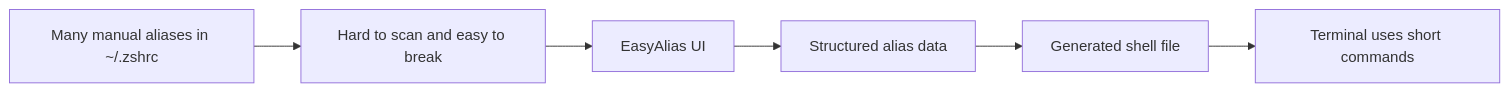
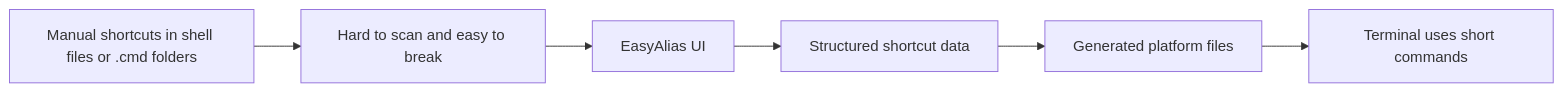
One commit to hannesgnann-hub/easyalias changed the first of 4 diagrams in README.md. Above: the diagram before and after it, drawn with Mermaid. The commit also changed other lines of this file, not shown here.

````diff
--- a/README.md
+++ b/README.md
@@ -26,8 +26,8 @@
 ```mermaid
 flowchart LR
-  A["Many manual aliases in ~/.zshrc"] --> B["Hard to scan and easy to break"]
+  A["Manual shortcuts in shell files or .cmd folders"] --> B["Hard to scan and easy to break"]
   B --> C["EasyAlias UI"]
-  C --> D["Structured alias data"]
-  D --> E["Generated shell file"]
+  C --> D["Structured shortcut data"]
+  D --> E["Generated platform files"]
   E --> F["Terminal uses short commands"]
 ```
````
